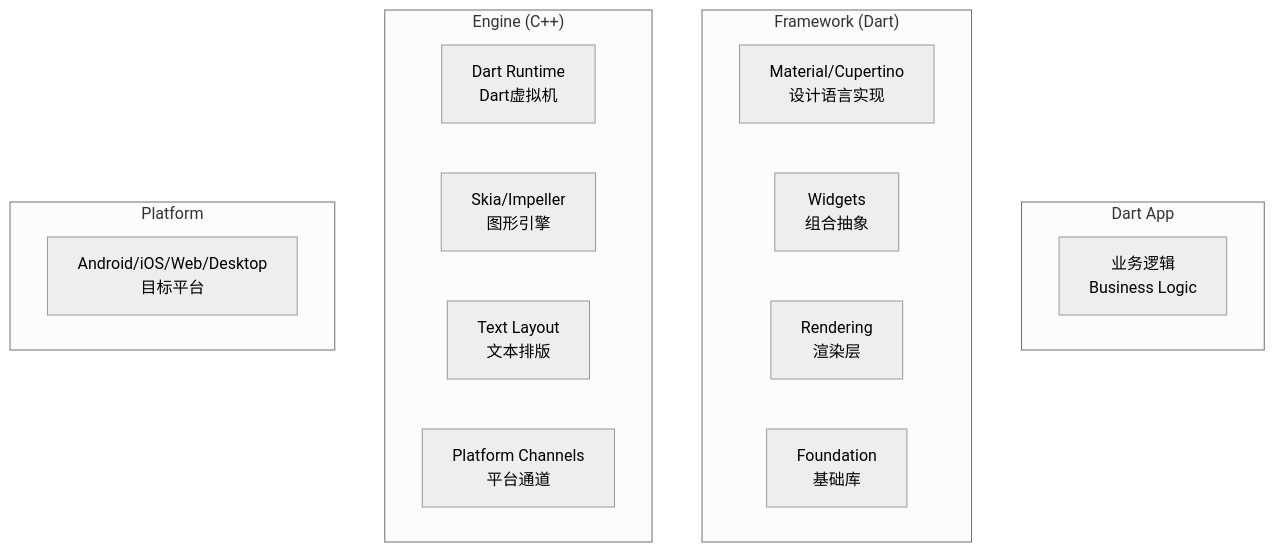
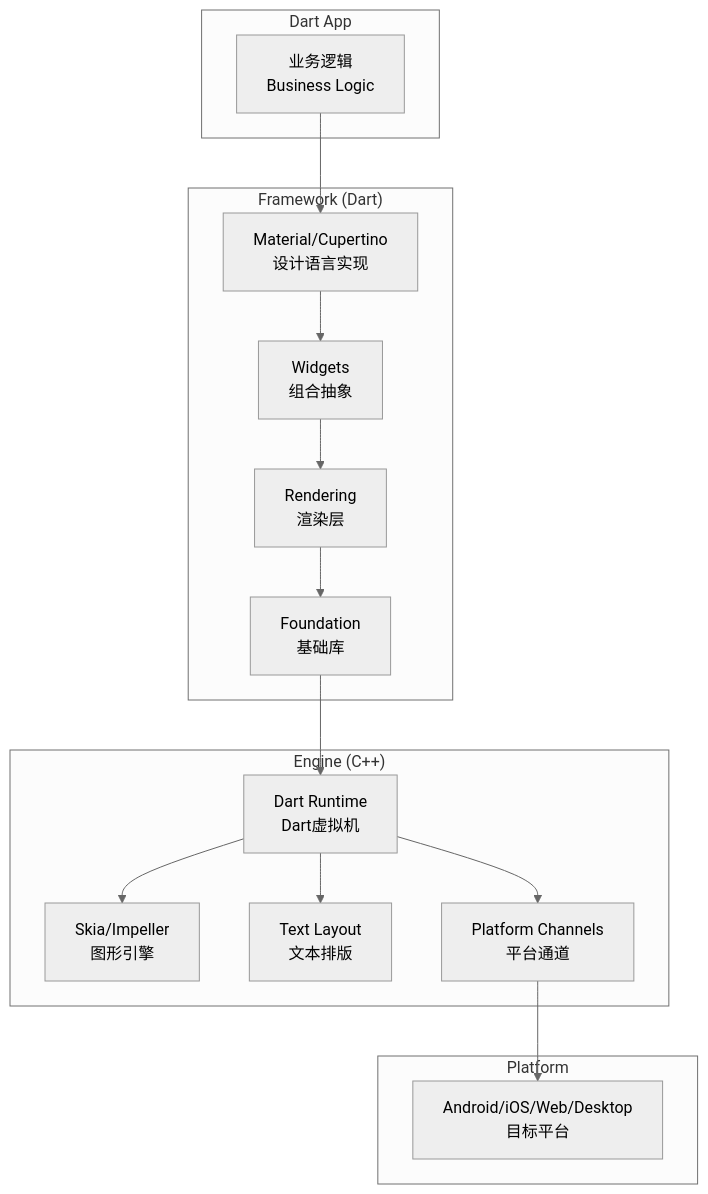
One commit to aichiko0225/oneapp_docs changed the fourth of 19 diagrams in OneApp架构设计文档.md. Above: the diagram before and after it, drawn with Mermaid (neutral theme). The commit also changed other lines of this file and 1 other file, not shown here.

````diff
--- a/OneApp架构设计文档.md
+++ b/OneApp架构设计文档.md
@@ -332,24 +332,34 @@
 ```mermaid
 graph TB
     subgraph "Dart App"
         A[业务逻辑<br/>Business Logic]
     end
     
     subgraph "Framework (Dart)"
         B[Material/Cupertino<br/>设计语言实现]
         C[Widgets<br/>组合抽象]
         D[Rendering<br/>渲染层]
         E[Foundation<br/>基础库]
     end
     
     subgraph "Engine (C++)"
         F[Dart Runtime<br/>Dart虚拟机]
         G[Skia/Impeller<br/>图形引擎]
         H[Text Layout<br/>文本排版]
         I[Platform Channels<br/>平台通道]
     end
     
     subgraph "Platform"
         J[Android/iOS/Web/Desktop<br/>目标平台]
     end
+    
+    A --> B
+    B --> C
+    C --> D
+    D --> E
+    E --> F
+    F --> G
+    F --> H
+    F --> I
+    I --> J
 ```
````
